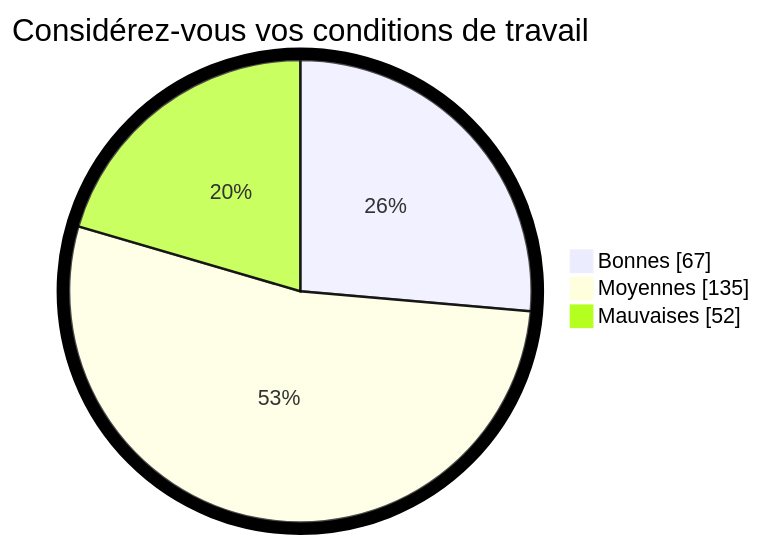
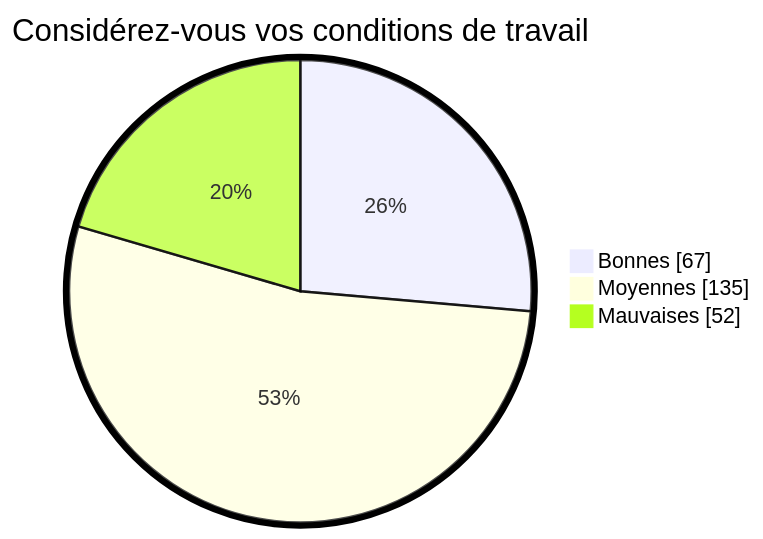
One commit to MadMaxTest-afk/hugoplate changed the third of 4 diagrams in content/english/pages/elements.md. Above: the diagram before and after it, drawn with Mermaid. The commit also changed other lines of this file, not shown here.

````diff
--- a/content/english/pages/elements.md
+++ b/content/english/pages/elements.md
@@ -261,10 +261,9 @@
 ```mermaid
-%%{init: {"pie": {"textPosition": 0.5}, "themeVariables": {"pieOuterStrokeWidth": "10px"}} }%%
+%%{init: {"pie": {"textPosition": 0.5}, "themeVariables": {"pieOuterStrokeWidth": "5px"}} }%%
 pie showData
     title Considérez-vous vos conditions de travail
     "Bonnes" : 67
     "Moyennes" : 135
     "Mauvaises" : 52
     
-
 ```
````
